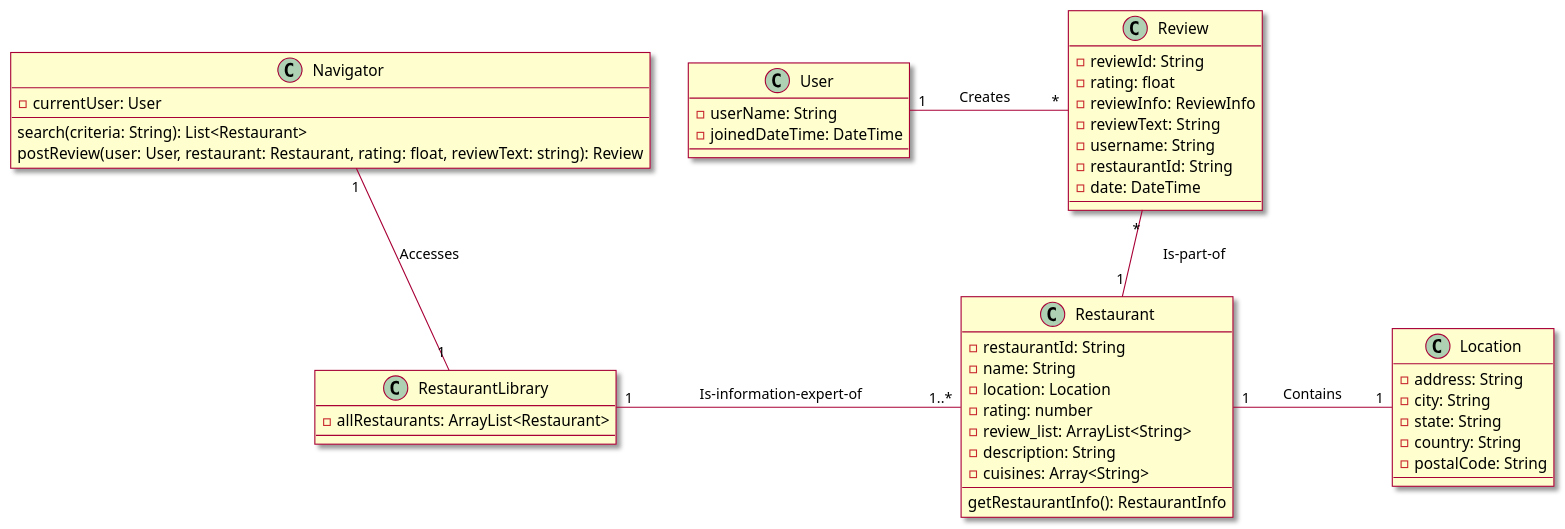
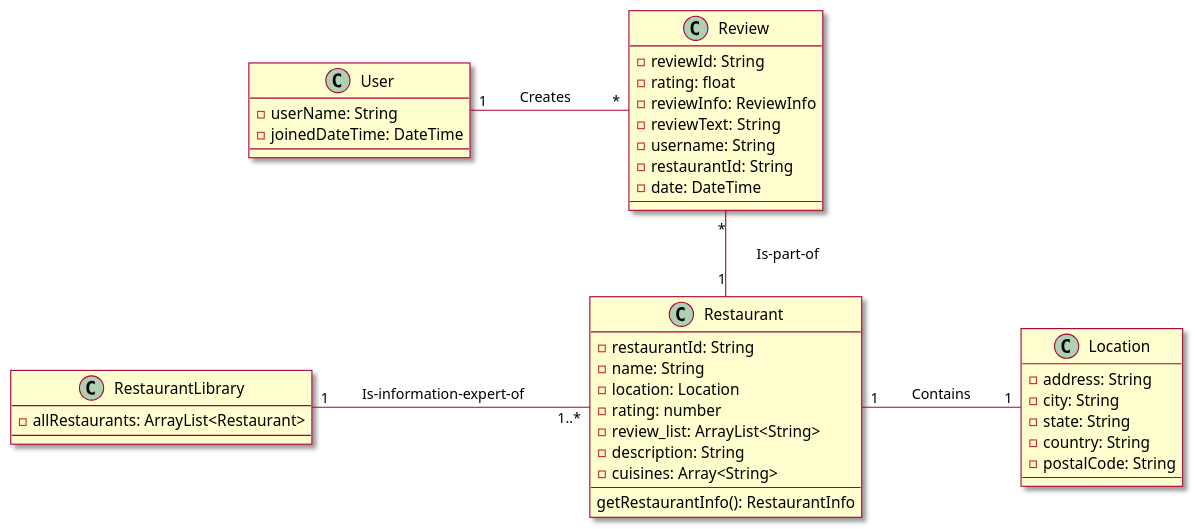
One commit to tanwasp/LunchBox-Android changed the second of 2 diagrams in intellij/doc/design.md. Above: the diagram before and after it, drawn with PlantUML. The commit also changed other lines of this file, not shown here.

Commit message:
Sequence diagram 1 attempt

````diff
--- a/intellij/doc/design.md
+++ b/intellij/doc/design.md
@@ -24,59 +35,51 @@
 ```plantuml
 @startuml
 skin rose
 'skinparam classAttributeIconSize 0
 
 class Restaurant{
     -restaurantId: String
     -name: String
     -location: Location
     -rating: number
     -review_list: ArrayList<String>
     -description: String
     -cuisines: Array<String>
     --
     getRestaurantInfo(): RestaurantInfo
 }
 
 class Location{
     -address: String
     -city: String
     -state: String
     -country: String
     -postalCode: String
 }
 
 class Review{
     -reviewId: String
     -rating: float
     -reviewInfo: ReviewInfo
     -reviewText: String
     -username: String
     -restaurantId: String
     -date: DateTime
 }
 
 class User{
     -userName: String
     -joinedDateTime: DateTime
 }
 
 class RestaurantLibrary{
     -allRestaurants: ArrayList<Restaurant>
 }
 
-class Navigator{
-    -currentUser: User
-    --
-    search(criteria: String): List<Restaurant>
-    postReview(user: User, restaurant: Restaurant, rating: float, reviewText: string): Review
-}
-
 ' associations
-Navigator "1" -- "1" RestaurantLibrary : Accesses\t
 RestaurantLibrary "1" - "1..*" Restaurant : \tIs-information-expert-of\t\t
 Restaurant "1" - "1" Location : \tContains\t\t
 Review "*" -- "1" Restaurant : \tIs-part-of\t\t
 User "1" - "*" Review : \tCreates\t\t
 @enduml
 ```
````
